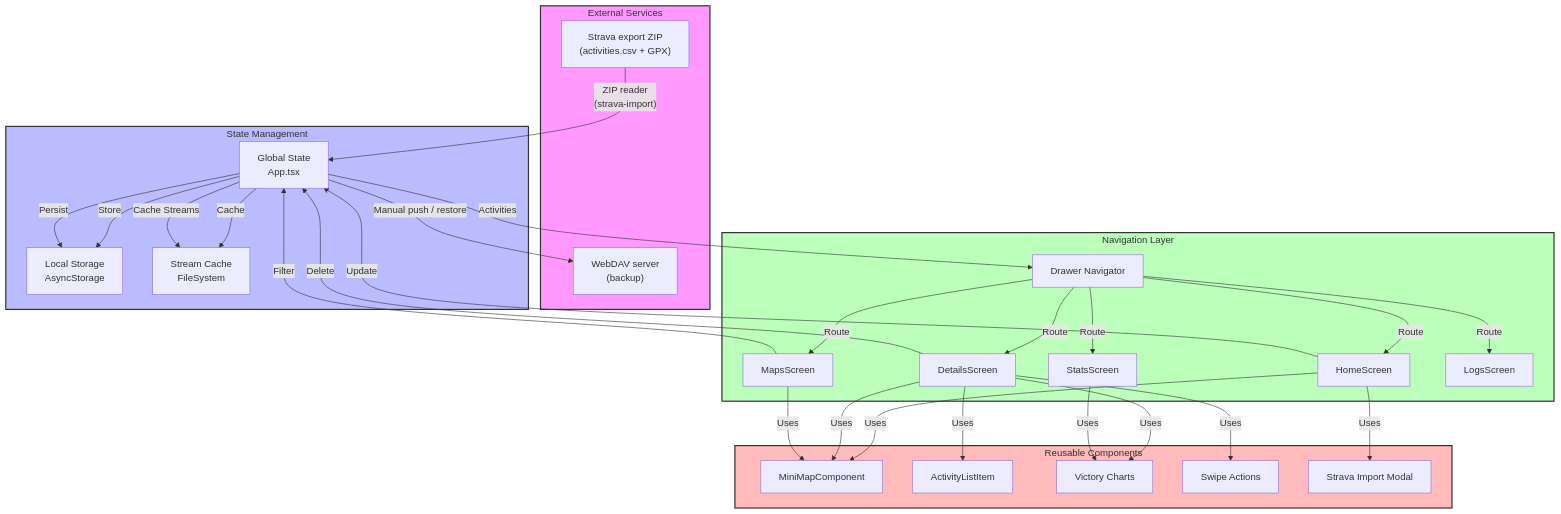
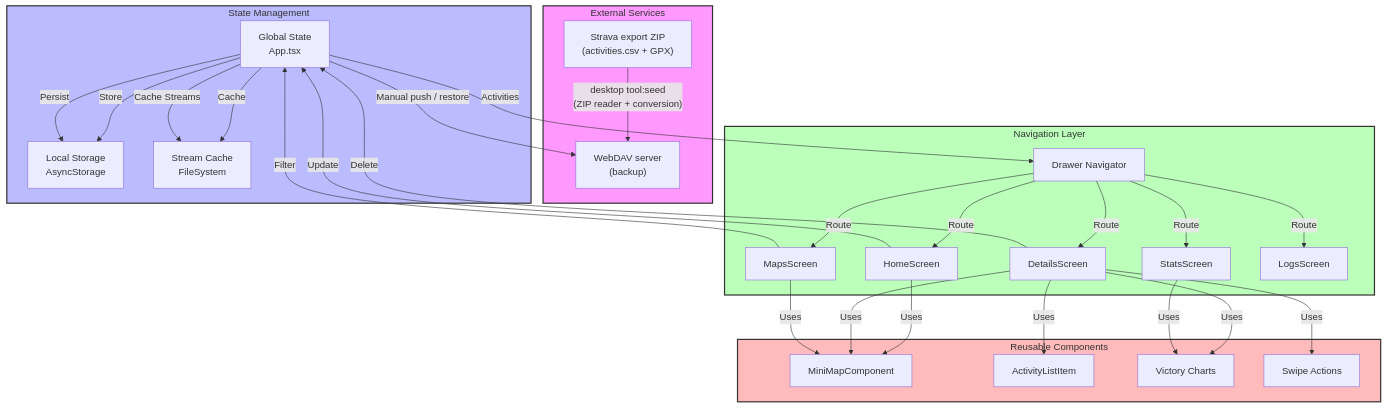
The diagram in docs/architecture.md (BrunoO/offline-fitness), drawn with Mermaid before and after one commit. The commit also changed other lines of this file and 26 other files, not shown here.

````diff
--- a/docs/architecture.md
+++ b/docs/architecture.md
@@ -66,68 +66,67 @@
 ```mermaid
 graph TB
     %% External Services
     subgraph External["External Services"]
         StravaArchive["Strava export ZIP<br/>(activities.csv + GPX)"]
         WebDav["WebDAV server<br/>(backup)"]
     end
 
     %% State Management
     subgraph State["State Management"]
         GlobalState["Global State<br/>App.tsx"]
         LocalStorage["Local Storage<br/>AsyncStorage"]
         StreamCache["Stream Cache<br/>FileSystem"]
     end
 
     %% Navigation
     subgraph Navigation["Navigation Layer"]
         DrawerNav["Drawer Navigator"]
         HomeScreen
         DetailsScreen
         MapsScreen
         StatsScreen
         LogsScreen
     end
 
     %% Components
     subgraph Components["Reusable Components"]
         MiniMap["MiniMapComponent"]
         ActivityList["ActivityListItem"]
         Charts["Victory Charts"]
         SwipeActions["Swipe Actions"]
-        ImportModal["Strava Import Modal"]
     end
 
     %% Data Flow
-    StravaArchive -->|"ZIP reader<br/>(strava-import)"| GlobalState
+    StravaArchive -->|"desktop tool:seed<br/>(ZIP reader + conversion)"| WebDav
     GlobalState -->|"Manual push / restore"| WebDav
     GlobalState -->|"Store"| LocalStorage
     GlobalState -->|"Cache"| StreamCache
     GlobalState -->|"Activities"| DrawerNav
     DrawerNav -->|"Route"| HomeScreen & DetailsScreen & MapsScreen & StatsScreen & LogsScreen
 
     %% Component Usage
-    HomeScreen -->|"Uses"| MiniMap & ImportModal
+    HomeScreen -->|"Uses"| MiniMap
     DetailsScreen -->|"Uses"| ActivityList & MiniMap & Charts & SwipeActions
     MapsScreen -->|"Uses"| MiniMap
     StatsScreen -->|"Uses"| Charts
 
     %% State Updates
     HomeScreen -->|"Update"| GlobalState
     DetailsScreen -->|"Delete"| GlobalState
     MapsScreen -->|"Filter"| GlobalState
 
     %% Data Storage
     GlobalState -->|"Persist"| LocalStorage
     GlobalState -->|"Cache Streams"| StreamCache
 
     %% Styling
     classDef external fill:#f9f,stroke:#333,stroke-width:2px
     classDef state fill:#bbf,stroke:#333,stroke-width:2px
     classDef nav fill:#bfb,stroke:#333,stroke-width:2px
     classDef component fill:#fbb,stroke:#333,stroke-width:2px
 
     class External external
     class State state
     class Navigation nav
     class Components component
 ```
````
